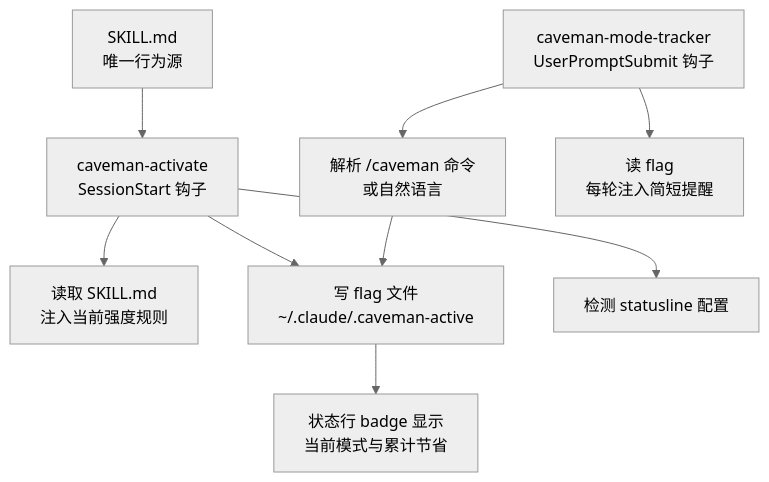
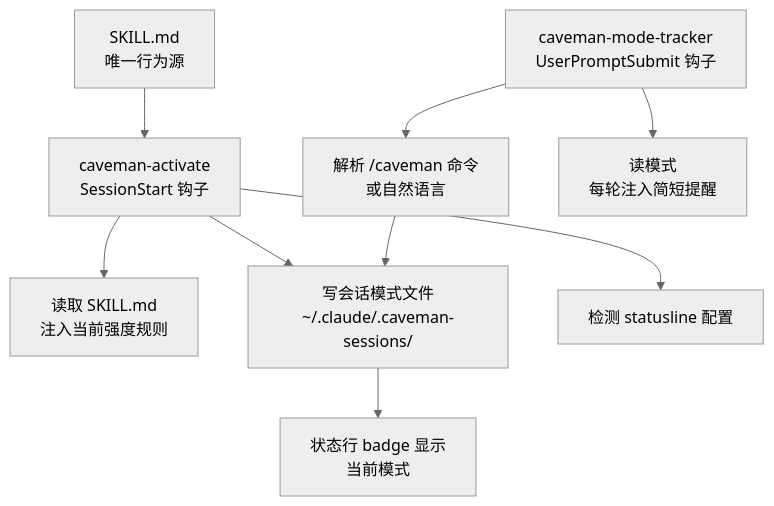
Before and after one commit to A1pha3/text-matrix: the diagram in content/posts/tech/caveman-claude-code-token-optimization-guide.md, drawn with Mermaid (neutral theme). The commit also changed other lines of this file and 331 other files, not shown here.

````diff
--- a/content/posts/tech/caveman-claude-code-token-optimization-guide.md
+++ b/content/posts/tech/caveman-claude-code-token-optimization-guide.md
@@ -71,11 +84,11 @@
 ```mermaid
 flowchart TD
     A[SKILL.md<br/>唯一行为源] --> B[caveman-activate<br/>SessionStart 钩子]
     B --> C[读取 SKILL.md<br/>注入当前强度规则]
-    B --> D[写 flag 文件<br/>~/.claude/.caveman-active]
+    B --> D[写会话模式文件<br/>~/.claude/.caveman-sessions/]
     B --> E[检测 statusline 配置]
     F[caveman-mode-tracker<br/>UserPromptSubmit 钩子] --> G[解析 /caveman 命令<br/>或自然语言]
     G --> D
-    F --> H[读 flag<br/>每轮注入简短提醒]
-    D --> I[状态行 badge 显示<br/>当前模式与累计节省]
+    F --> H[读模式<br/>每轮注入简短提醒]
+    D --> I[状态行 badge 显示<br/>当前模式]
 ```
````
